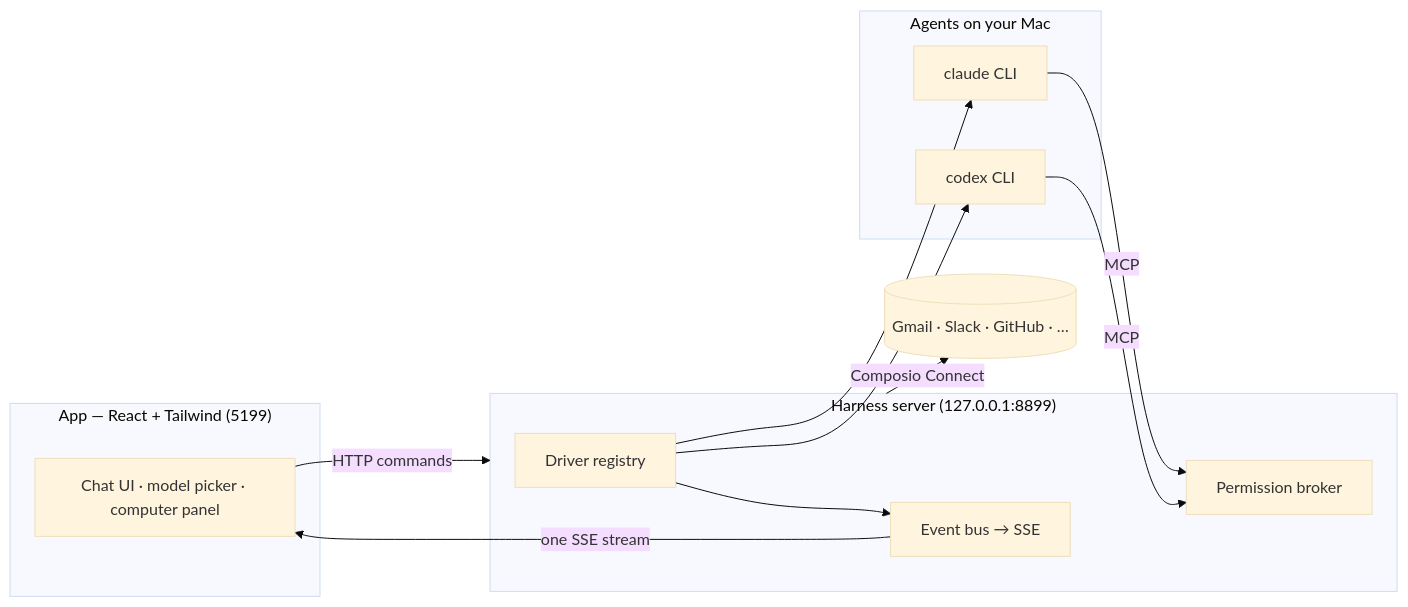
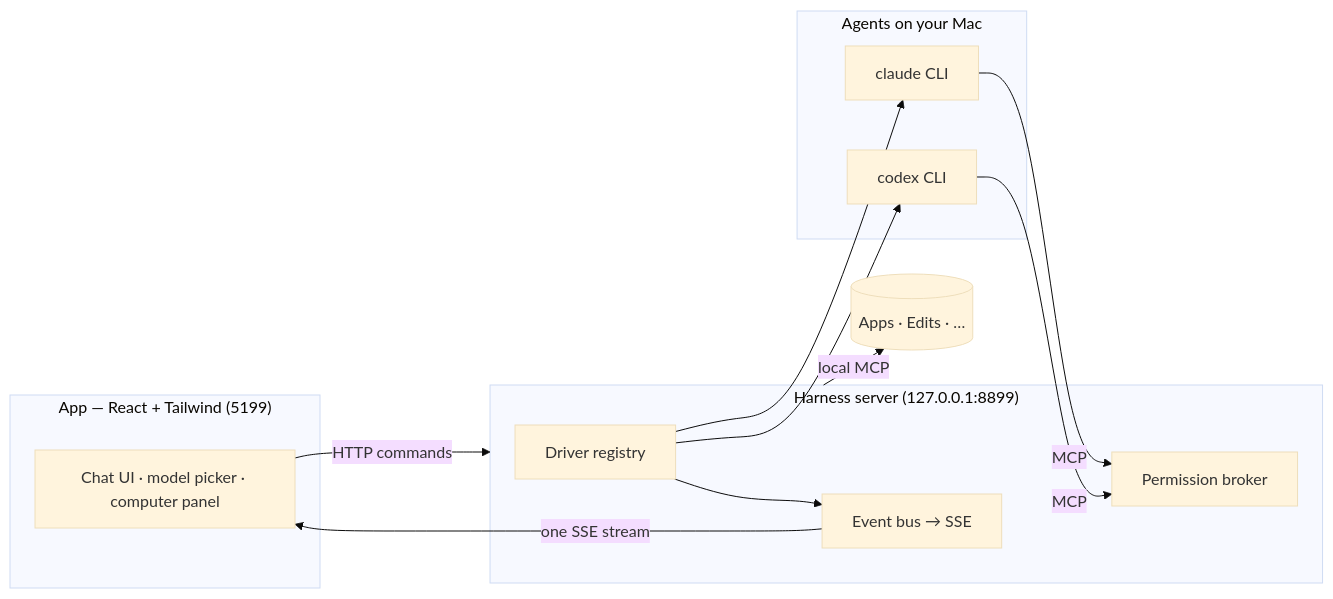
Before and after one commit to milind-soni/OpenMausBot: the diagram in README.md, drawn with Mermaid (base theme). The commit also changed other lines of this file and 16 other files, not shown here.

````diff
--- a/README.md
+++ b/README.md
@@ -201,19 +201,19 @@
 ```mermaid
 flowchart LR
     subgraph app ["App — React + Tailwind (5199)"]
         UI[Chat UI · model picker · computer panel]
     end
     subgraph server ["Harness server (127.0.0.1:8899)"]
         REG[Driver registry] --> BUS[Event bus → SSE]
         BROKER[Permission broker]
     end
     subgraph agents ["Agents on your Mac"]
         CL[claude CLI]
         CX[codex CLI]
     end
     UI -- "HTTP commands" --> server
     BUS -- "one SSE stream" --> UI
     REG --> CL & CX
     CL & CX -- "MCP" --> BROKER
-    server -- "Composio Connect" --> APPS[("Gmail · Slack · GitHub · …")]
+    server -- "local MCP" --> APPS[("Apps · Edits · …")]
 ```
````
